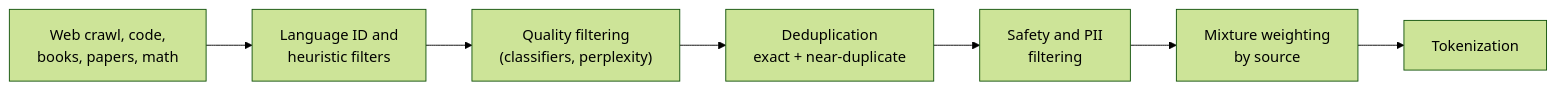
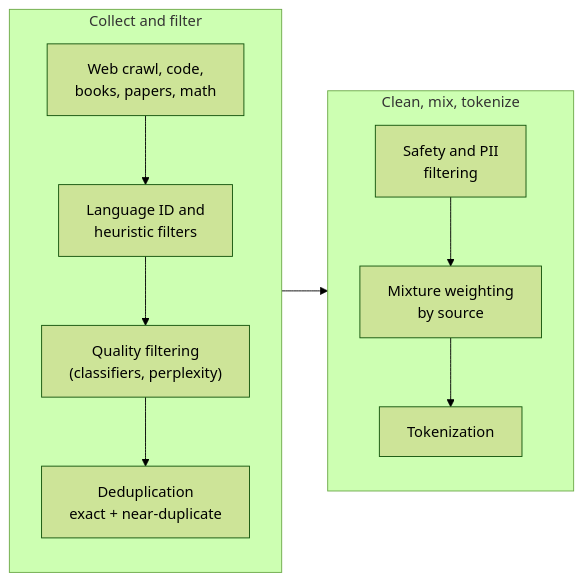
One commit to rajan-021/AI-ML changed the diagram in docs/llms/pretraining.md. Above: the diagram before and after it, drawn with Mermaid (forest theme). The commit also changed 20 other files, not shown here.

First line of the commit message:
Make diagrams readable at the content width

````diff
--- a/docs/llms/pretraining.md
+++ b/docs/llms/pretraining.md
@@ -89,9 +89,15 @@
 ```mermaid
 flowchart LR
-    A["Web crawl, code,<br/>books, papers, math"] --> B["Language ID and<br/>heuristic filters"]
-    B --> C["Quality filtering<br/>(classifiers, perplexity)"]
-    C --> D["Deduplication<br/>exact + near-duplicate"]
-    D --> E["Safety and PII<br/>filtering"]
-    E --> F["Mixture weighting<br/>by source"]
-    F --> G["Tokenization"]
+    subgraph COLLECT["Collect and filter"]
+        direction TB
+        A["Web crawl, code,<br/>books, papers, math"] --> B["Language ID and<br/>heuristic filters"]
+        B --> C["Quality filtering<br/>(classifiers, perplexity)"]
+        C --> D["Deduplication<br/>exact + near-duplicate"]
+    end
+    subgraph PREP["Clean, mix, tokenize"]
+        direction TB
+        E["Safety and PII<br/>filtering"] --> F["Mixture weighting<br/>by source"]
+        F --> G["Tokenization"]
+    end
+    COLLECT --> PREP
 ```
````
